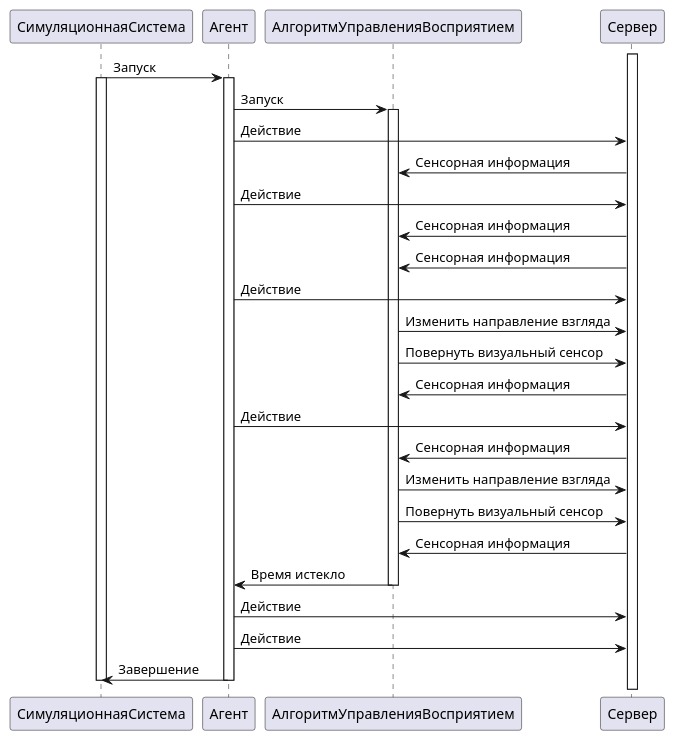
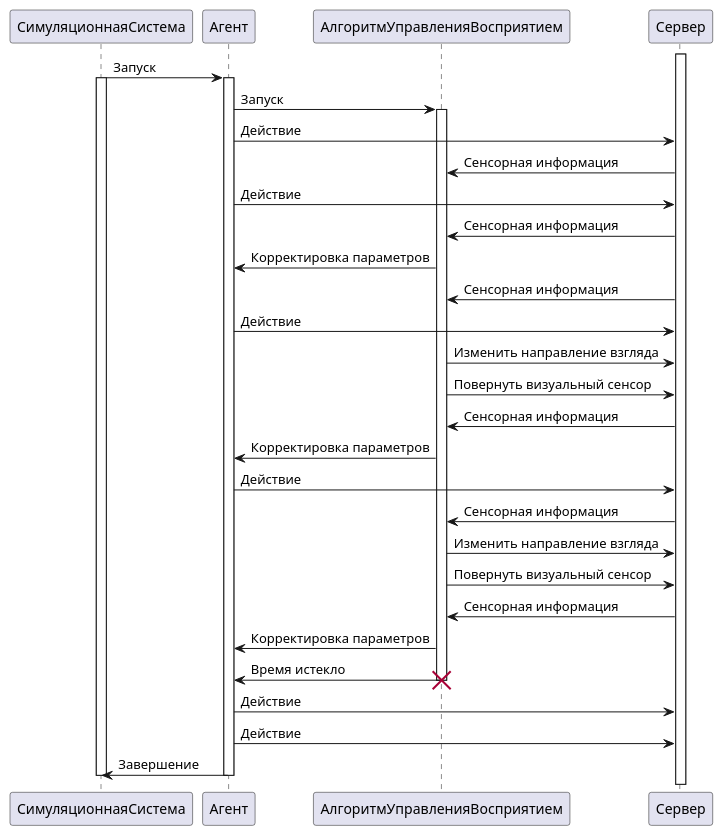
The diagram in sequence.plantuml (Komdosh/DiplomaBS), drawn with PlantUML before and after one commit.

```diff
--- a/sequence.plantuml
+++ b/sequence.plantuml
@@ -1,47 +1,48 @@
 @startuml
 participant СимуляционнаяСистема
 participant Агент
 participant АлгоритмУправленияВосприятием
 participant Сервер
 
 activate Сервер
 
 СимуляционнаяСистема -> Агент: Запуск
 activate СимуляционнаяСистема
 
 activate Агент
 
 Агент -> АлгоритмУправленияВосприятием: Запуск
 activate АлгоритмУправленияВосприятием
 
 Агент -> Сервер: Действие
 
 Сервер -> АлгоритмУправленияВосприятием: Сенсорная информация
 
 Агент -> Сервер: Действие
 Сервер -> АлгоритмУправленияВосприятием: Сенсорная информация
+АлгоритмУправленияВосприятием -> Агент: Корректировка параметров
 
 Сервер -> АлгоритмУправленияВосприятием: Сенсорная информация
 
 Агент -> Сервер: Действие
 АлгоритмУправленияВосприятием -> Сервер: Изменить направление взгляда
 
 АлгоритмУправленияВосприятием -> Сервер: Повернуть визуальный сенсор
 Сервер -> АлгоритмУправленияВосприятием: Сенсорная информация
-
+АлгоритмУправленияВосприятием -> Агент: Корректировка параметров
 Агент -> Сервер: Действие
 Сервер -> АлгоритмУправленияВосприятием: Сенсорная информация
 
 АлгоритмУправленияВосприятием -> Сервер: Изменить направление взгляда
 АлгоритмУправленияВосприятием -> Сервер: Повернуть визуальный сенсор
 Сервер -> АлгоритмУправленияВосприятием: Сенсорная информация
-
+АлгоритмУправленияВосприятием -> Агент: Корректировка параметров
 АлгоритмУправленияВосприятием -> Агент: Время истекло
-deactivate АлгоритмУправленияВосприятием
+destroy АлгоритмУправленияВосприятием
 Агент -> Сервер: Действие
 Агент -> Сервер: Действие
 Агент -> СимуляционнаяСистема: Завершение
 deactivate Агент
 
 deactivate СимуляционнаяСистема
 @enduml
```
